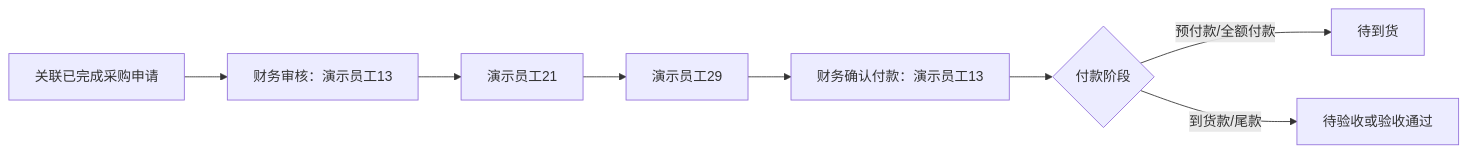
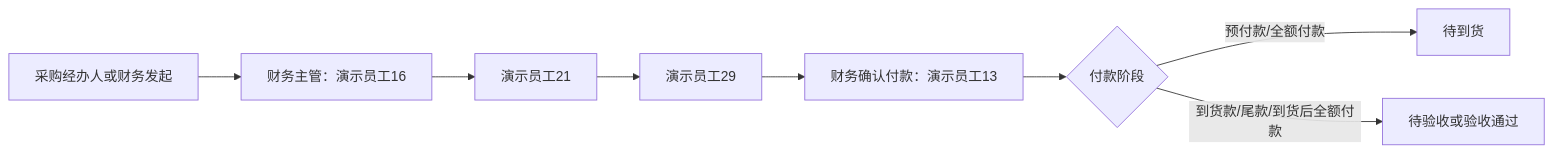
The second of 2 diagrams in docs/oa-procurement-e2e-evidence.md (Meteor7/erp-oa-system), drawn with Mermaid before and after one commit. The commit also changed other lines of this file and 82 other files, not shown here.

````diff
--- a/docs/oa-procurement-e2e-evidence.md
+++ b/docs/oa-procurement-e2e-evidence.md
@@ -43,10 +44,10 @@
 ```mermaid
 flowchart LR
-  A[关联已完成采购申请] --> B[财务审核：演示员工13]
+  A[采购经办人或财务发起] --> B[财务主管：演示员工16]
   B --> C[演示员工21]
   C --> D[演示员工29]
   D --> E[财务确认付款：演示员工13]
   E --> F{付款阶段}
   F -- 预付款/全额付款 --> G[待到货]
-  F -- 到货款/尾款 --> H[待验收或验收通过]
+  F -- 到货款/尾款/到货后全额付款 --> H[待验收或验收通过]
 ```
````
